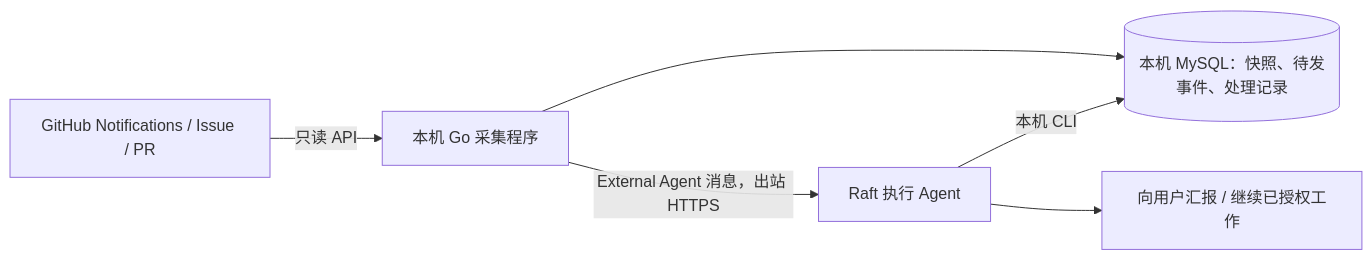
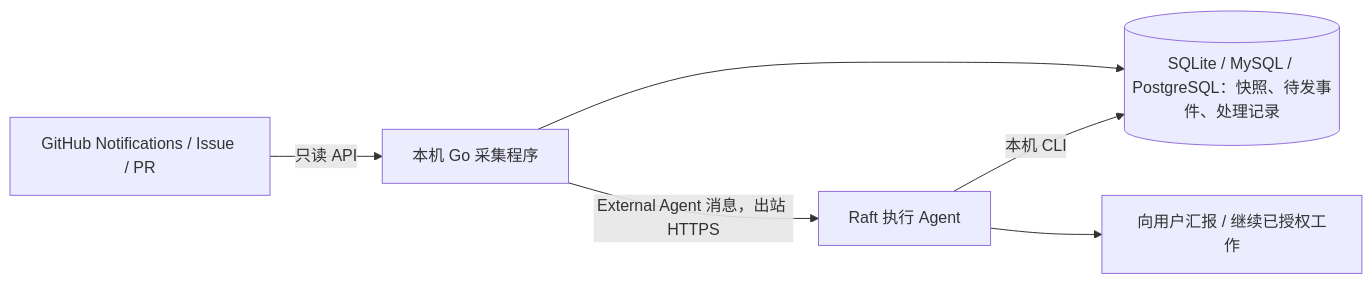
Before and after one commit to spencercjh/github-work-assistant: the diagram in README.md, drawn with Mermaid. The commit also changed other lines of this file and 35 other files, not shown here.

````diff
--- a/README.md
+++ b/README.md
@@ -7,8 +7,8 @@
 ```mermaid
 flowchart LR
   GH[GitHub Notifications / Issue / PR] -->|只读 API| C[本机 Go 采集程序]
-  C --> DB[(本机 MySQL：快照、待发事件、处理记录)]
+  C --> DB[(SQLite / MySQL / PostgreSQL：快照、待发事件、处理记录)]
   C -->|External Agent 消息，出站 HTTPS| R[Raft 执行 Agent]
   R -->|本机 CLI| DB
   R --> U[向用户汇报 / 继续已授权工作]
 ```
````
